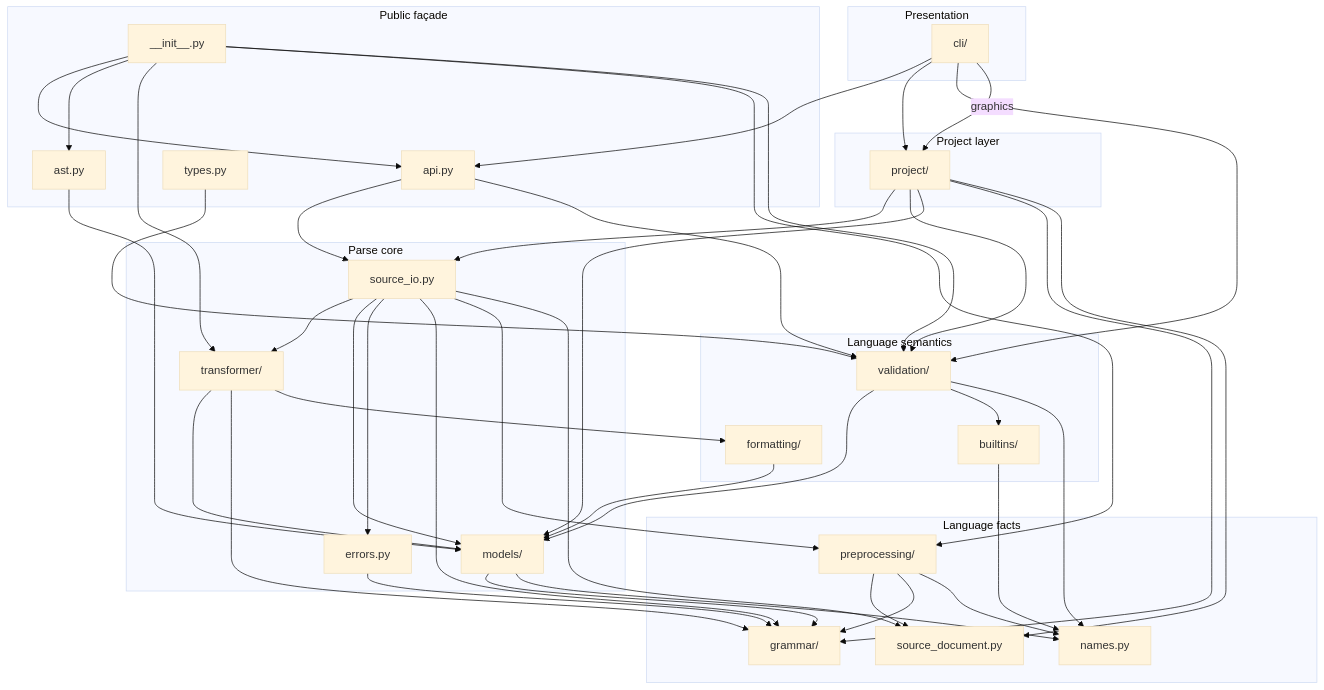
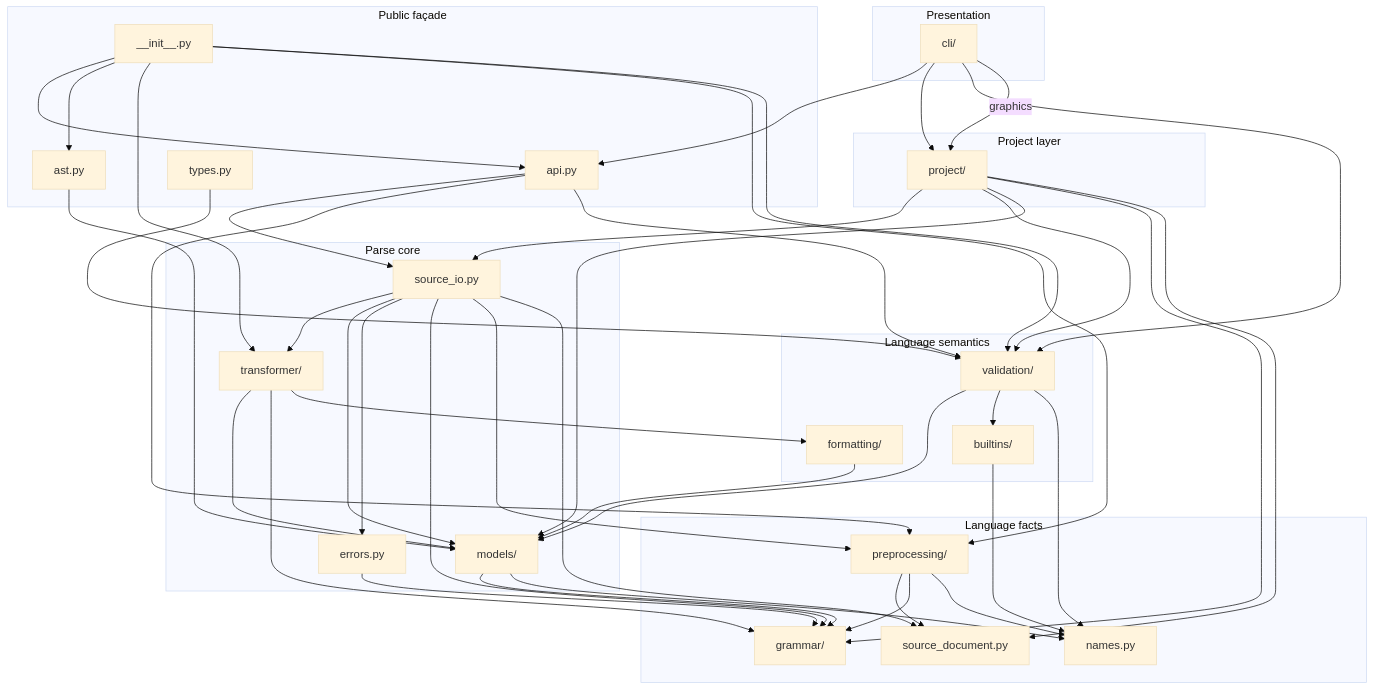
One commit to SorenHJohansen/sattline-parser changed the first of 4 diagrams in docs/architecture.md. Above: the diagram before and after it, drawn with Mermaid (base theme). The commit also changed other lines of this file and 13 other files, not shown here.

````diff
--- a/docs/architecture.md
+++ b/docs/architecture.md
@@ -9,80 +9,81 @@
 ```mermaid
 flowchart TB
     subgraph L6["Presentation"]
         CLI["cli/"]
     end
 
     subgraph L5["Public façade"]
         API["api.py"]
         ASTSURF["ast.py"]
         TYPEFACTS["types.py"]
         INIT["__init__.py"]
     end
 
     subgraph L4["Project layer"]
         PROJECT["project/"]
     end
 
     subgraph L3["Language semantics"]
         VALIDATION["validation/"]
         BUILTINS["builtins/"]
         FORMATTING["formatting/"]
     end
 
     subgraph L2["Parse core"]
         SOURCE_IO["source_io.py"]
         TRANSFORMER["transformer/"]
         MODELS["models/"]
         ERRORS["errors.py"]
     end
 
     subgraph L1["Language facts"]
         GRAMMAR["grammar/"]
         PREPROCESS["preprocessing/"]
         SOURCE_DOC["source_document.py"]
         NAMES["names.py"]
     end
 
     CLI --> API
     CLI --> PROJECT
     CLI --> VALIDATION
     CLI -->|graphics| PROJECT
     API --> SOURCE_IO
+    API --> PREPROCESS
     API --> VALIDATION
     INIT --> API
     INIT --> ASTSURF
     INIT --> TRANSFORMER
     INIT --> PREPROCESS
     INIT --> VALIDATION
     ASTSURF --> MODELS
     TYPEFACTS --> VALIDATION
 
     PROJECT --> SOURCE_IO
     PROJECT --> VALIDATION
     PROJECT --> MODELS
     PROJECT --> GRAMMAR
     PROJECT --> SOURCE_DOC
 
     VALIDATION --> MODELS
     VALIDATION --> BUILTINS
     VALIDATION --> NAMES
     BUILTINS --> NAMES
     FORMATTING --> MODELS
 
     SOURCE_IO --> TRANSFORMER
     SOURCE_IO --> MODELS
     SOURCE_IO --> ERRORS
     SOURCE_IO --> GRAMMAR
     SOURCE_IO --> PREPROCESS
     SOURCE_IO --> SOURCE_DOC
 
     TRANSFORMER --> MODELS
     TRANSFORMER --> GRAMMAR
     TRANSFORMER --> FORMATTING
     MODELS --> GRAMMAR
     MODELS --> NAMES
     PREPROCESS --> SOURCE_DOC
     PREPROCESS --> GRAMMAR
     PREPROCESS --> NAMES
     ERRORS --> GRAMMAR
 ```
````
